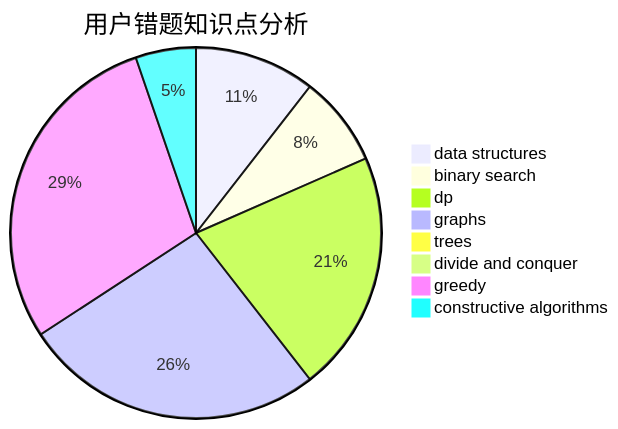
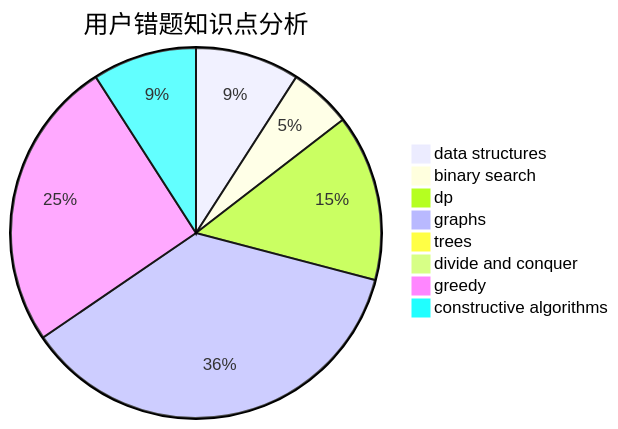
The third of 3 diagrams in docs/user/u2195.md (sherpahu/cfrs.github.io), drawn with Mermaid before and after one commit. The commit also changed other lines of this file and 2770 other files, not shown here.

````diff
--- a/docs/user/u2195.md
+++ b/docs/user/u2195.md
@@ -36,11 +36,11 @@
 ```mermaid
 pie title 用户错题知识点分析
-    "data structures" :  4
+    "data structures" :  5
     "binary search" :  3
     "dp" :  8
-    "graphs" :  10
+    "graphs" :  20
     "trees" :  0
     "divide and conquer" :  0
-    "greedy" :  11
-    "constructive algorithms" :  2
+    "greedy" :  14
+    "constructive algorithms" :  5
 ```
````
